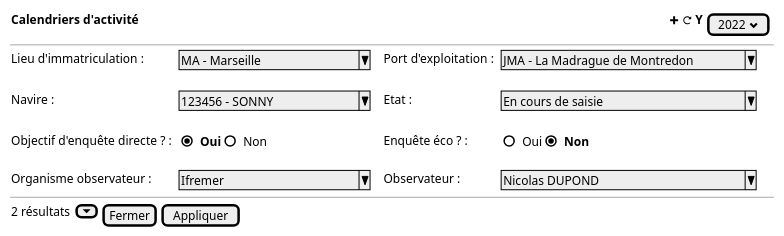
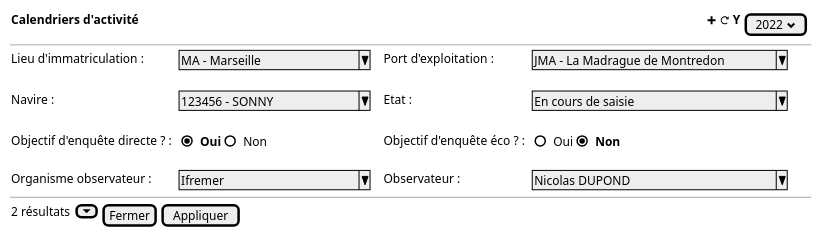
The diagram in projects/activity-calendar/spe/images/activity-calendar-table-filters.puml (sumaris-net/sumaris-doc), drawn with PlantUML before and after one commit. The commit also changed 1 other file, not shown here.

```diff
--- a/projects/activity-calendar/spe/images/activity-calendar-table-filters.puml
+++ b/projects/activity-calendar/spe/images/activity-calendar-table-filters.puml
@@ -1,21 +1,21 @@
 @startsalt
 {
 
-  {<b>Calendriers d'activité                                                                                                                                                                          <&plus> <&reload> Y {[2022 <&chevron-bottom>]}}
+  {<b>Calendriers d'activité                                                                                                                                                                                      <&plus> <&reload> Y {[2022 <&chevron-bottom>]}}
    --
 
     {
         Lieu d'immatriculation : | . | ^ MA - Marseille       ^ | . | . | Port d'exploitation : | . | ^JMA - La Madrague de Montredon^
         .
         Navire : | . | ^ 123456 - SONNY       ^ | . | . | Etat : | . | ^En cours de saisie            ^
         .
-        Objectif d'enquête directe ? :   | . |{ (X) <b>Oui | () Non}|  . | . | Enquête éco ? :   | . | { () Oui | (X) <b>Non}
+        Objectif d'enquête directe ? :   | . |{ (X) <b>Oui | () Non}|  . | . | Objectif d'enquête éco ? :   | . | { () Oui | (X) <b>Non}
         .
         Organisme observateur :   | . |^ Ifremer              ^ |  . | . | Observateur :   | . | ^ Nicolas DUPOND               ^
 
     }
 
   --
   {2 résultats  {}[<&caret-bottom>] | [Fermer] | [Appliquer]}}
 }
 @endsalt
```
